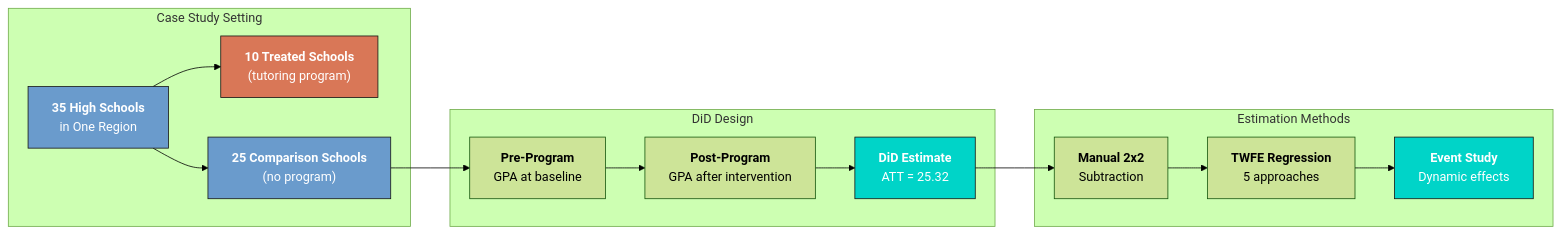
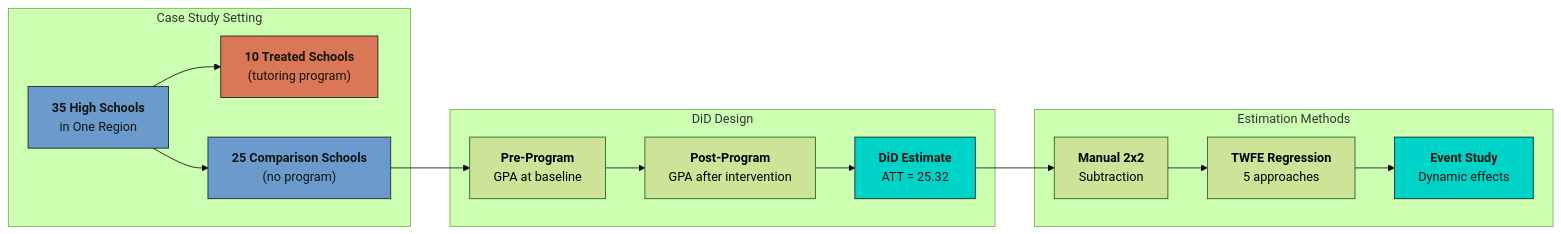
One commit to cmg777/starter-academic-v501 changed the diagram in content/post/stata_did/index.md. Above: the diagram before and after it, drawn with Mermaid (forest theme). The commit also changed 67 other files, not shown here.

First line of the commit message:
fix(mermaid): readable diagram text in both themes across the site

````diff
--- a/content/post/stata_did/index.md
+++ b/content/post/stata_did/index.md
@@ -89,33 +89,33 @@
 ```mermaid
 graph LR
     subgraph "Case Study Setting"
     A["<b>35 High Schools</b><br/>in One Region"]
     B["<b>10 Treated Schools</b><br/>(tutoring program)"]
     C["<b>25 Comparison Schools</b><br/>(no program)"]
     A --> B
     A --> C
     end
 
     subgraph "DiD Design"
     D["<b>Pre-Program</b><br/>GPA at baseline"]
     E["<b>Post-Program</b><br/>GPA after intervention"]
     F["<b>DiD Estimate</b><br/>ATT = 25.32"]
     D --> E --> F
     end
 
     subgraph "Estimation Methods"
     G["<b>Manual 2x2</b><br/>Subtraction"]
     H["<b>TWFE Regression</b><br/>5 approaches"]
     I["<b>Event Study</b><br/>Dynamic effects"]
     G --> H --> I
     end
 
     C --> D
     F --> G
 
-    style A fill:#6a9bcc,stroke:#141413,color:#fff
-    style B fill:#d97757,stroke:#141413,color:#fff
-    style C fill:#6a9bcc,stroke:#141413,color:#fff
-    style F fill:#00d4c8,stroke:#141413,color:#fff
-    style I fill:#00d4c8,stroke:#141413,color:#fff
+    style A fill:#6a9bcc,stroke:#141413,color:#141413
+    style B fill:#d97757,stroke:#141413,color:#141413
+    style C fill:#6a9bcc,stroke:#141413,color:#141413
+    style F fill:#00d4c8,stroke:#141413,color:#141413
+    style I fill:#00d4c8,stroke:#141413,color:#141413
 ```
````
